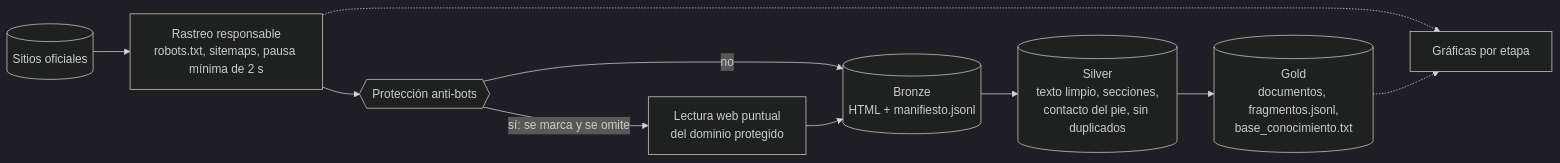
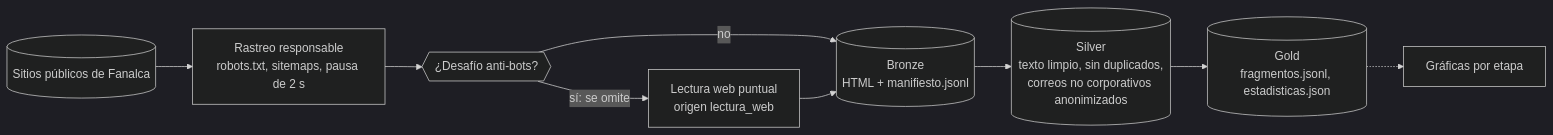
The seventh of 8 diagrams in README.md (JulianReneMunoz/fabrica-nacional-autopartes), drawn with Mermaid (dark theme) before and after one commit. The commit also changed other lines of this file, not shown here.

Commit message:
docs(readme): README del M2 con diagramas, trazabilidad R01–R16 y estado real de IGNIS (#36)

````diff
--- a/README.md
+++ b/README.md
@@ -89,17 +259,16 @@
 ```mermaid
 flowchart LR
-  sitio[("Sitios oficiales")]
-  rastreo["Rastreo responsable<br/>robots.txt, sitemaps, pausa mínima de 2 s"]
-  antibots{{"Protección anti-bots"}}
-  lectura["Lectura web puntual<br/>del dominio protegido"]
+  sitio[("Sitios públicos de Fanalca")]
+  rastreo["Rastreo responsable<br/>robots.txt, sitemaps, pausa de 2 s"]
+  antibots{{"¿Desafío anti-bots?"}}
+  lectura["Lectura web puntual<br/>origen lectura_web"]
   bronze[("Bronze<br/>HTML + manifiesto.jsonl")]
-  silver[("Silver<br/>texto limpio, secciones,<br/>contacto del pie, sin duplicados")]
-  gold[("Gold<br/>documentos, fragmentos.jsonl,<br/>base_conocimiento.txt")]
+  silver[("Silver<br/>texto limpio, sin duplicados,<br/>correos no corporativos anonimizados")]
+  gold[("Gold<br/>fragmentos.jsonl, estadisticas.json")]
   graficas["Gráficas por etapa"]
   sitio --> rastreo --> antibots
   antibots -- "no" --> bronze
-  antibots -- "sí: se marca y se omite" --> lectura --> bronze
+  antibots -- "sí: se omite" --> lectura --> bronze
   bronze --> silver --> gold
-  rastreo -.-> graficas
   gold -.-> graficas
 ```
````
